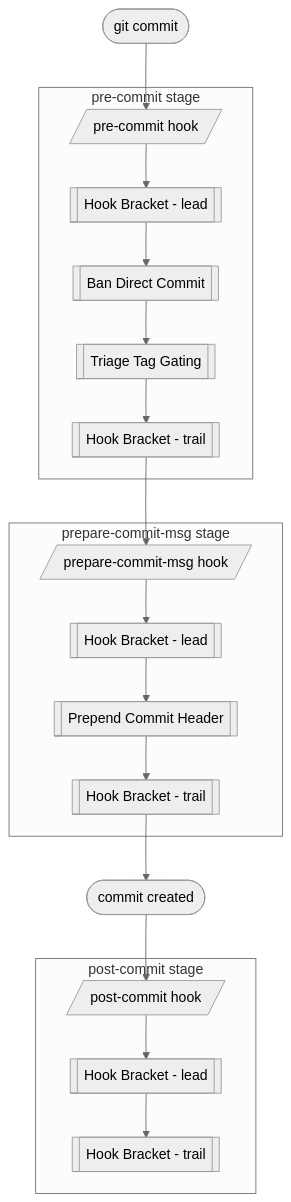
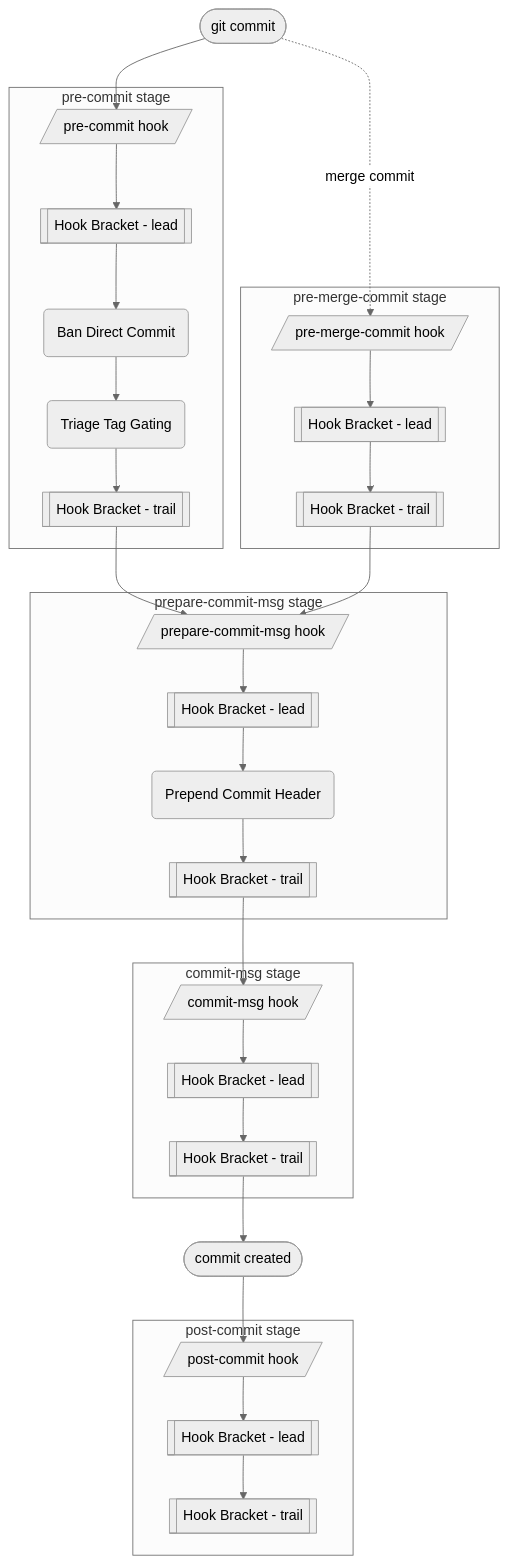
The first of 2 diagrams in docs/flow_doc.md (kami-lel/hupy), drawn with Mermaid (neutral theme) before and after one commit. The commit also changed other lines of this file, not shown here.

First line of the commit message:
docs: add Git Commit Flow + Rewrite Flow diagrams and notes

````diff
--- a/docs/flow_doc.md
+++ b/docs/flow_doc.md
@@ -5,29 +9,44 @@
 ```mermaid
 flowchart TD
     commit([git commit])
 
     %% pre-commit stage
     subgraph precommit [pre-commit stage]
         pre[/pre-commit hook/] --> lead1[[Hook Bracket - lead]]
-        lead1 --> bdc[[Ban Direct Commit]] --> ttg[[Triage Tag Gating]]
+        lead1 --> bdc(Ban Direct Commit) --> ttg(Triage Tag Gating)
         ttg --> trail1[[Hook Bracket - trail]]
+    end
+
+    %% pre-merge-commit stage
+    subgraph premergecommit [pre-merge-commit stage]
+        premerge[/pre-merge-commit hook/] --> lead1b[[Hook Bracket - lead]]
+        lead1b --> trail1b[[Hook Bracket - trail]]
     end
 
     %% prepare-commit-msg stage
     subgraph preparemsg [prepare-commit-msg stage]
         prep[/prepare-commit-msg hook/] --> lead2[[Hook Bracket - lead]]
-        lead2 --> pch[[Prepend Commit Header]]
+        lead2 --> pch(Prepend Commit Header)
         pch --> trail2[[Hook Bracket - trail]]
+    end
+
+    %% commit-msg stage
+    subgraph commitmsg [commit-msg stage]
+        cmsg[/commit-msg hook/] --> lead2b[[Hook Bracket - lead]]
+        lead2b --> trail2b[[Hook Bracket - trail]]
     end
 
     %% post-commit stage
     subgraph postcommit [post-commit stage]
         post[/post-commit hook/] --> lead3[[Hook Bracket - lead]]
         lead3 --> trail3[[Hook Bracket - trail]]
     end
 
     commit --> pre
+    commit -. merge commit .-> premerge
     trail1 --> prep
-    trail2 --> created([commit created])
+    trail1b --> prep
+    trail2 --> cmsg
+    trail2b --> created([commit created])
     created --> post
 ```
````
